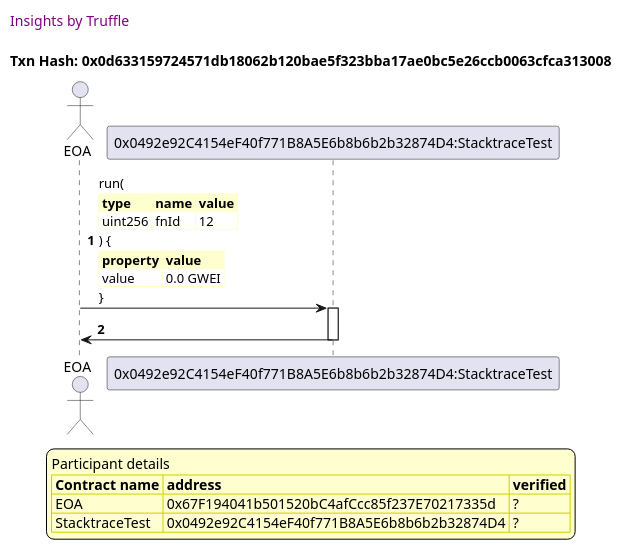
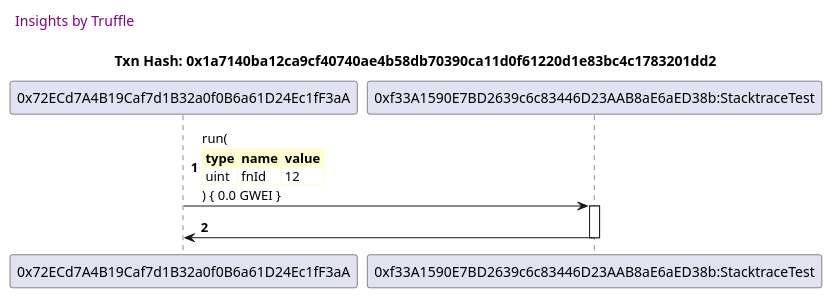
Before and after one commit to trufflesuite/txlog-seedlings: the fourth of 14 diagrams in truffle-seq/stacktrace.test.md, drawn with PlantUML. The commit also changed other lines of this file and 3 other files, not shown here.

````diff
--- a/truffle-seq/stacktrace.test.md
+++ b/truffle-seq/stacktrace.test.md
@@ -200,48 +130,30 @@
 ```plantuml
 
 
 @startuml
 
 autonumber
 skinparam legendBackgroundColor #FEFECE
 
 <style>
       header {
         HorizontalAlignment left
         FontColor purple
         FontSize 14
         Padding 10
       }
     </style>
 
 header Insights by Truffle
 
-title Txn Hash: 0x0d633159724571db18062b120bae5f323bba17ae0bc5e26ccb0063cfca313008
+title Txn Hash: 0x1a7140ba12ca9cf40740ae4b58db70390ca11d0f61220d1e83bc4c1783201dd2
 
 
-actor EOA as "EOA"
-
-participant StacktraceTest as "0x0492e92C4154eF40f771B8A5E6b8b6b2b32874D4:StacktraceTest"
-
-"EOA" -> "StacktraceTest" ++: run(\n\
+"0x72ECd7A4B19Caf7d1B32a0f0B6a61D24Ec1fF3aA" -> "0xf33A1590E7BD2639c6c83446D23AAB8aE6aED38b:StacktraceTest" ++: run(\n\
 <#FEFECE,#FEFECE>|= type |= name |= value |\n\
-| uint256 | fnId | 12 |\n\
-) {\n\
-<#FEFECE,#FEFECE>|= property |= value|\n\
-| value | 0.0 GWEI |\n\
-}
-
-"StacktraceTest" -> "EOA" --: 
-
-
-
-legend
-Participant details
-<#FEFECE,#D0D000>|= Contract name |= address |= verified |
-<#FEFECE>| EOA | 0x67F194041b501520bC4afCcc85f237E70217335d | ? |
-<#FEFECE>| StacktraceTest | 0x0492e92C4154eF40f771B8A5E6b8b6b2b32874D4 | ? |
-endlegend
-
+| uint | fnId | 12 |\n\
+) { 0.0 GWEI }
+"0xf33A1590E7BD2639c6c83446D23AAB8aE6aED38b:StacktraceTest" -> "0x72ECd7A4B19Caf7d1B32a0f0B6a61D24Ec1fF3aA" --: 
 
 @enduml
 ```
````
